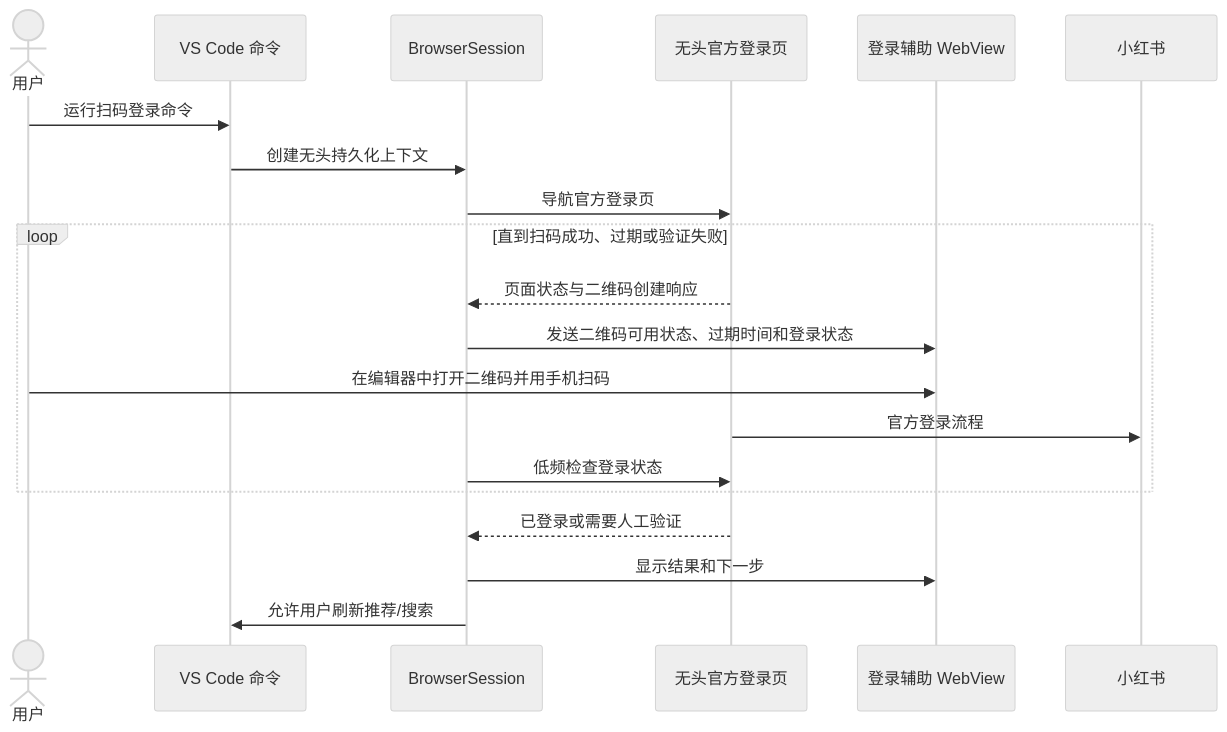
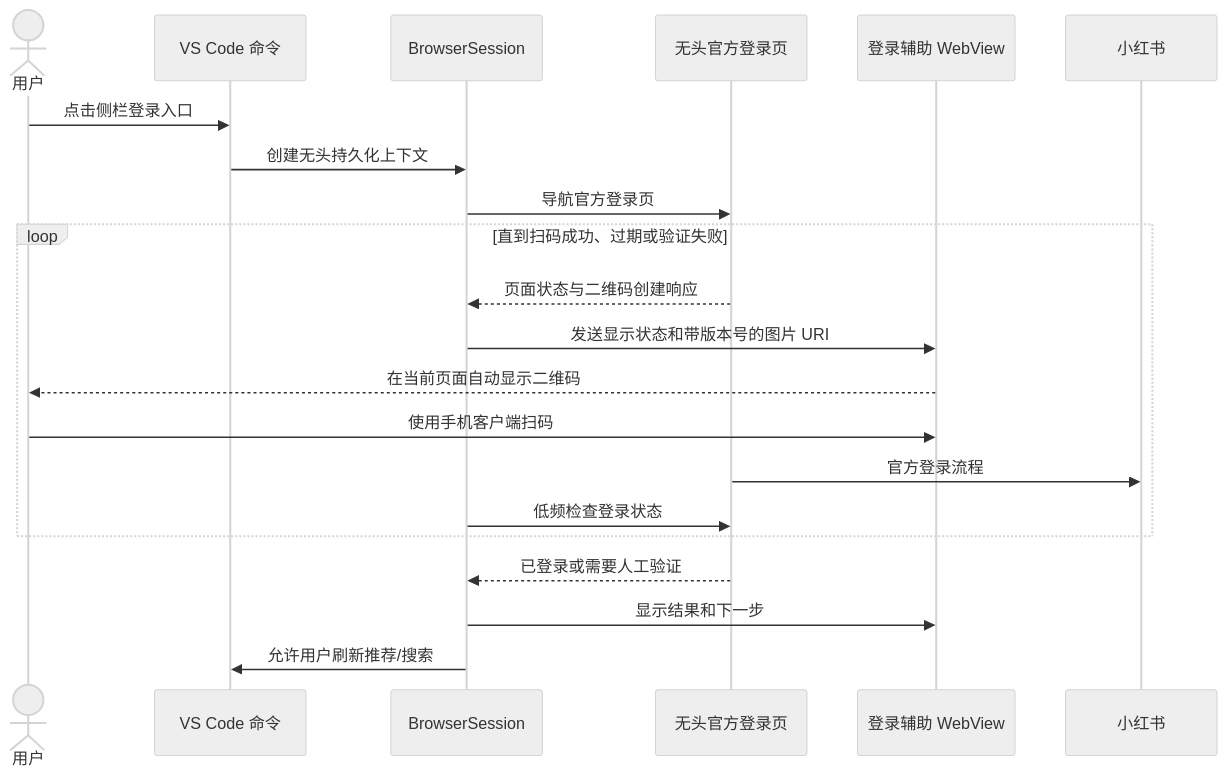
The third of 5 diagrams in docs/architecture.md (SmilingPixel/xiaohongshu-fisher), drawn with Mermaid (neutral theme) before and after one commit. The commit also changed other lines of this file and 2 other files, not shown here.

Commit message:
docs: enhance login experience with improved QR code handling and user prompts

````diff
--- a/docs/architecture.md
+++ b/docs/architecture.md
@@ -89,23 +89,24 @@
 ```mermaid
 sequenceDiagram
     actor User as 用户
     participant Command as VS Code 命令
     participant Session as BrowserSession
     participant Page as 无头官方登录页
     participant Login as 登录辅助 WebView
     participant Site as 小红书
 
-    User->>Command: 运行扫码登录命令
+    User->>Command: 点击侧栏登录入口
     Command->>Session: 创建无头持久化上下文
     Session->>Page: 导航官方登录页
     loop 直到扫码成功、过期或验证失败
         Page-->>Session: 页面状态与二维码创建响应
-        Session->>Login: 发送二维码可用状态、过期时间和登录状态
-        User->>Login: 在编辑器中打开二维码并用手机扫码
+        Session->>Login: 发送显示状态和带版本号的图片 URI
+        Login-->>User: 在当前页面自动显示二维码
+        User->>Login: 使用手机客户端扫码
         Page->>Site: 官方登录流程
         Session->>Page: 低频检查登录状态
     end
     Page-->>Session: 已登录或需要人工验证
     Session->>Login: 显示结果和下一步
     Session->>Command: 允许用户刷新推荐/搜索
 ```
````
